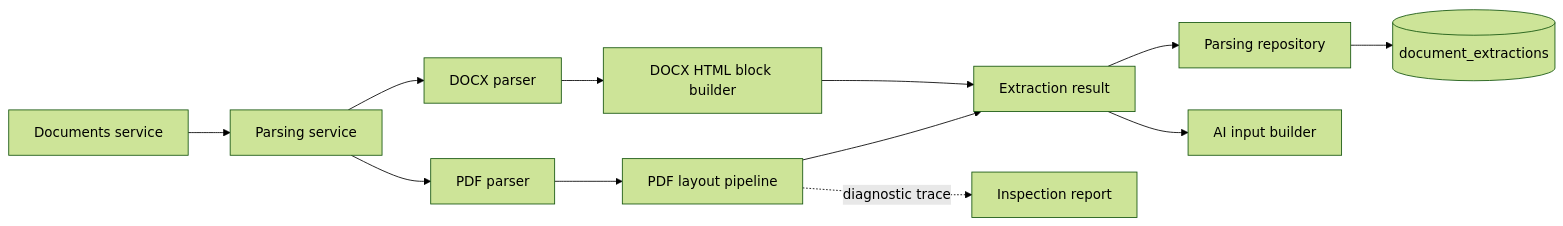
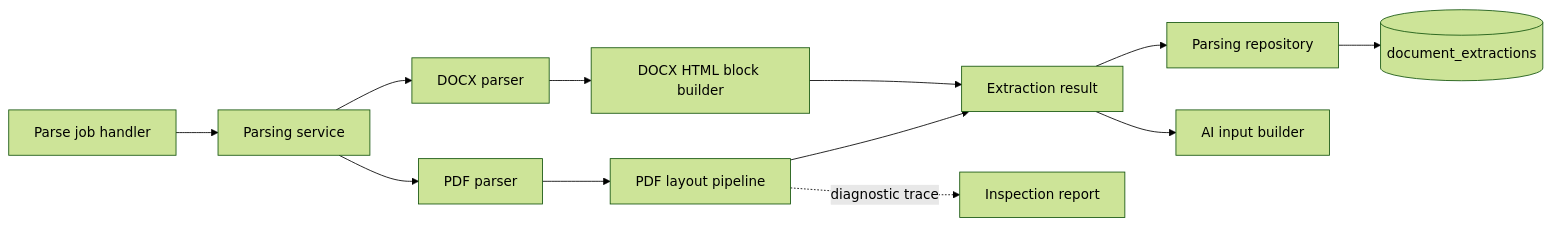
The first of 2 diagrams in docs/modules/parsing.md (cv-parser-team/Backend), drawn with Mermaid (forest theme) before and after one commit. The commit also changed other lines of this file and 4 other files, not shown here.

````diff
--- a/docs/modules/parsing.md
+++ b/docs/modules/parsing.md
@@ -80,14 +80,14 @@
 ```mermaid
 flowchart LR
-    Caller[Documents service] --> Service[Parsing service]
+    Caller[Parse job handler] --> Service[Parsing service]
     Service --> PDF[PDF parser]
     Service --> DOCX[DOCX parser]
     PDF --> Layout[PDF layout pipeline]
     DOCX --> Blocks[DOCX HTML block builder]
     Layout --> Result[Extraction result]
     Blocks --> Result
     Result --> Repository[Parsing repository]
     Repository --> Database[(document_extractions)]
     Result --> AI[AI input builder]
     Layout -. diagnostic trace .-> Report[Inspection report]
 ```
````
